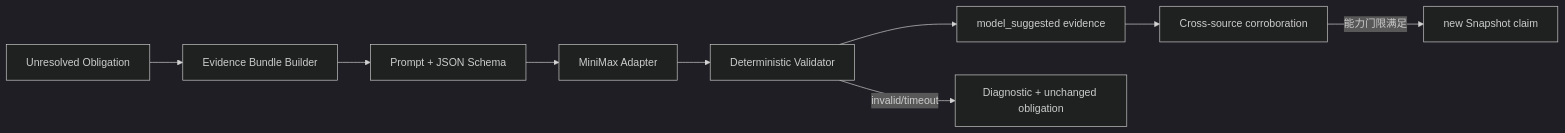
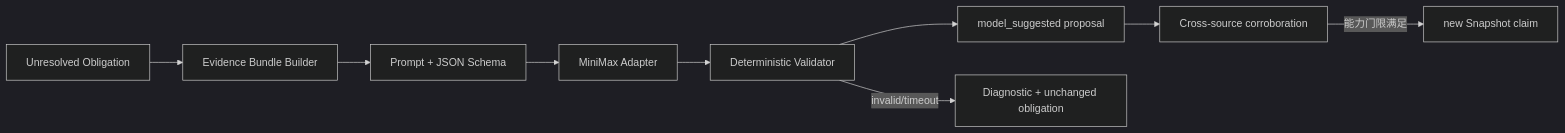
One commit to FitzBC/FirmAtlas changed the diagram in docs/firmware-mapping/model-reasoning.md. Above: the diagram before and after it, drawn with Mermaid (dark theme). The commit also changed other lines of this file and 18 other files, not shown here.

````diff
--- a/docs/firmware-mapping/model-reasoning.md
+++ b/docs/firmware-mapping/model-reasoning.md
@@ -74,11 +84,11 @@
 ```mermaid
 flowchart LR
     O["Unresolved Obligation"] --> B["Evidence Bundle Builder"]
     B --> P["Prompt + JSON Schema"]
     P --> M["MiniMax Adapter"]
     M --> V["Deterministic Validator"]
-    V --> S["model_suggested evidence"]
+    V --> S["model_suggested proposal"]
     V -->|"invalid/timeout"| D["Diagnostic + unchanged obligation"]
     S --> C["Cross-source corroboration"]
     C -->|"能力门限满足"| N["new Snapshot claim"]
 ```
````
